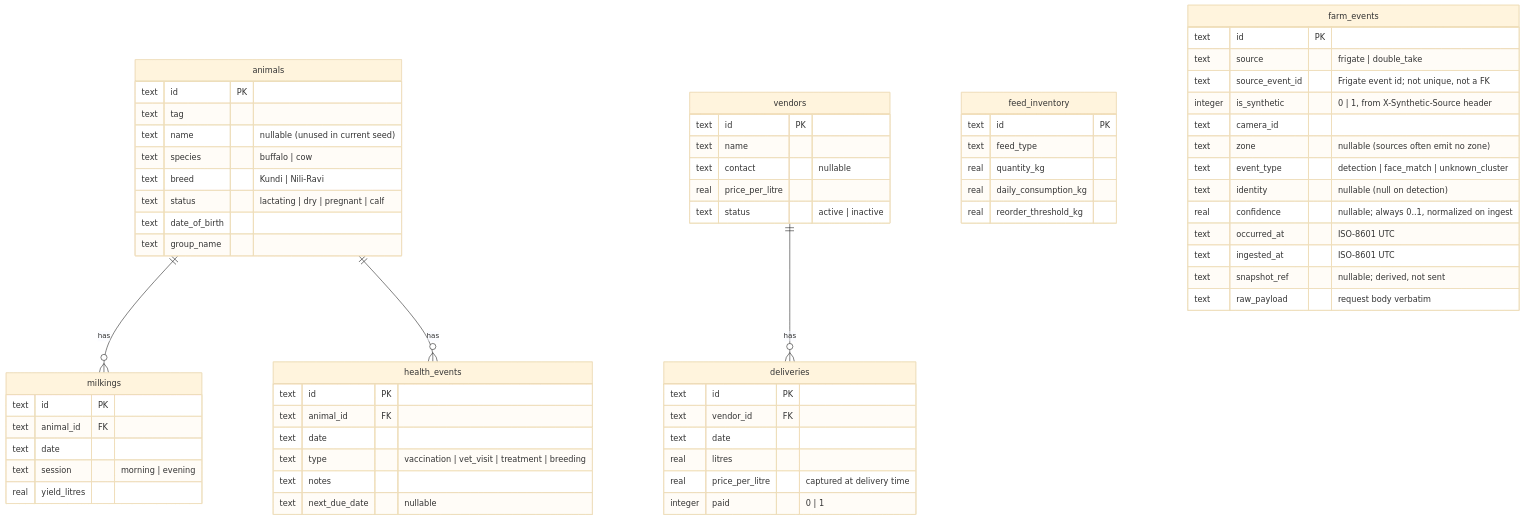
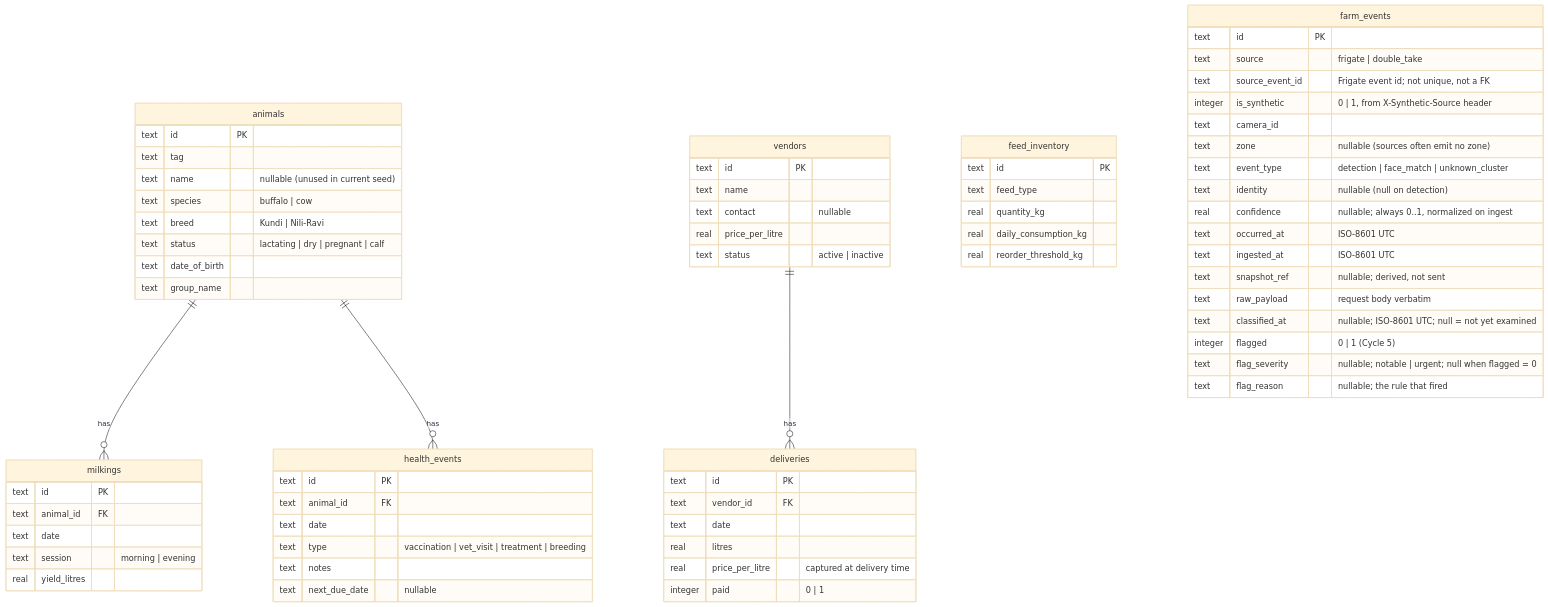
One commit to i-adnanali/dairy-360 changed the sixth of 7 diagrams in docs/PROJECT_OVERVIEW.md. Above: the diagram before and after it, drawn with Mermaid (base theme). The commit also changed other lines of this file and 21 other files, not shown here.

````diff
--- a/docs/PROJECT_OVERVIEW.md
+++ b/docs/PROJECT_OVERVIEW.md
@@ -260,69 +270,73 @@
 ```mermaid
 erDiagram
     animals ||--o{ milkings : "has"
     animals ||--o{ health_events : "has"
     vendors ||--o{ deliveries : "has"
 
     animals {
         text id PK
         text tag
         text name "nullable (unused in current seed)"
         text species "buffalo | cow"
         text breed "Kundi | Nili-Ravi"
         text status "lactating | dry | pregnant | calf"
         text date_of_birth
         text group_name
     }
     milkings {
         text id PK
         text animal_id FK
         text date
         text session "morning | evening"
         real yield_litres
     }
     health_events {
         text id PK
         text animal_id FK
         text date
         text type "vaccination | vet_visit | treatment | breeding"
         text notes
         text next_due_date "nullable"
     }
     feed_inventory {
         text id PK
         text feed_type
         real quantity_kg
         real daily_consumption_kg
         real reorder_threshold_kg
     }
     vendors {
         text id PK
         text name
         text contact "nullable"
         real price_per_litre
         text status "active | inactive"
     }
     deliveries {
         text id PK
         text vendor_id FK
         text date
         real litres
         real price_per_litre "captured at delivery time"
         integer paid "0 | 1"
     }
     farm_events {
         text id PK
         text source "frigate | double_take"
         text source_event_id "Frigate event id; not unique, not a FK"
         integer is_synthetic "0 | 1, from X-Synthetic-Source header"
         text camera_id
         text zone "nullable (sources often emit no zone)"
         text event_type "detection | face_match | unknown_cluster"
         text identity "nullable (null on detection)"
         real confidence "nullable; always 0..1, normalized on ingest"
         text occurred_at "ISO-8601 UTC"
         text ingested_at "ISO-8601 UTC"
         text snapshot_ref "nullable; derived, not sent"
         text raw_payload "request body verbatim"
+        text classified_at "nullable; ISO-8601 UTC; null = not yet examined"
+        integer flagged "0 | 1 (Cycle 5)"
+        text flag_severity "nullable; notable | urgent; null when flagged = 0"
+        text flag_reason "nullable; the rule that fired"
     }
 ```
````
